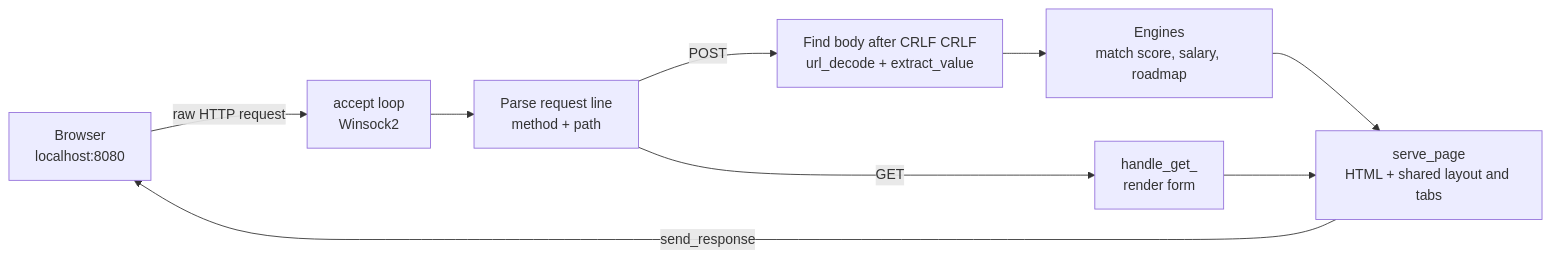
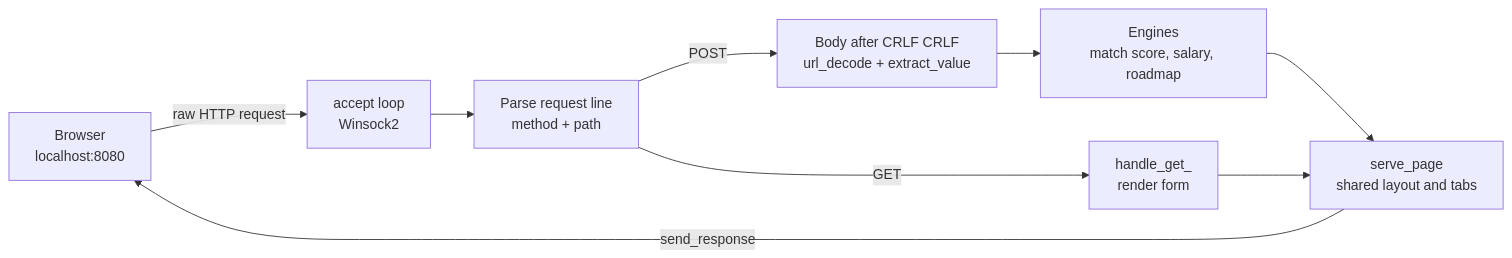
One commit to Stanvi09/PlacementAdvisor-app changed the diagram in README.md. Above: the diagram before and after it, drawn with Mermaid. The commit also changed other lines of this file and 6 other files, not shown here.

Commit message:
Redesign README with custom light/dark animated graphics

````diff
--- a/README.md
+++ b/README.md
@@ -41,11 +37,11 @@
 ```mermaid
 flowchart LR
     B["Browser<br/>localhost:8080"] -->|"raw HTTP request"| S["accept loop<br/>Winsock2"]
     S --> P["Parse request line<br/>method + path"]
     P -->|"GET"| G["handle_get_<br/>render form"]
-    P -->|"POST"| F["Find body after CRLF CRLF<br/>url_decode + extract_value"]
+    P -->|"POST"| F["Body after CRLF CRLF<br/>url_decode + extract_value"]
     F --> E["Engines<br/>match score, salary, roadmap"]
-    E --> R["serve_page<br/>HTML + shared layout and tabs"]
+    E --> R["serve_page<br/>shared layout and tabs"]
     G --> R
     R -->|"send_response"| B
 ```
````
